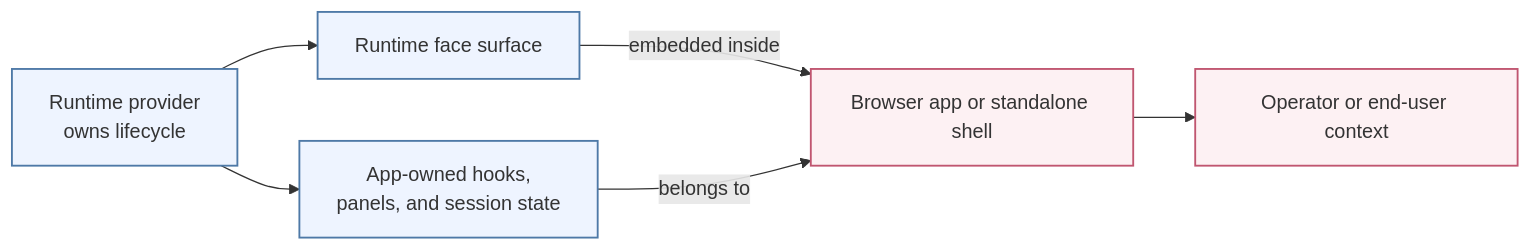
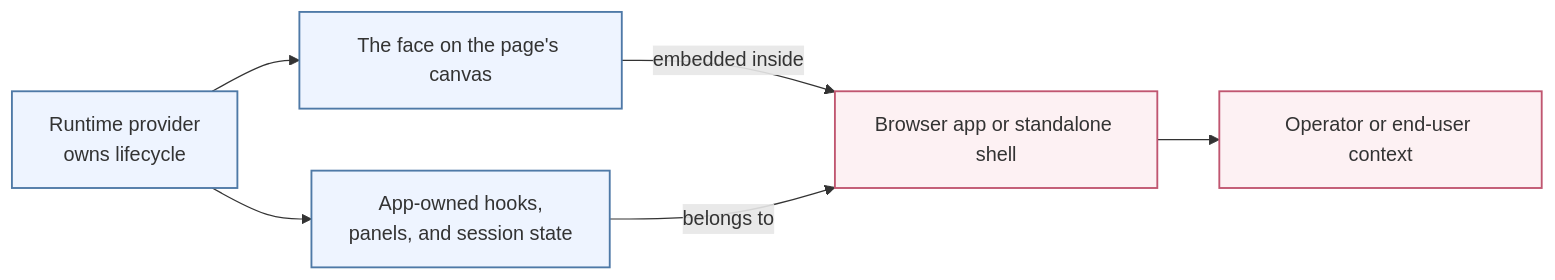
The second of 2 diagrams in current_documentation/guidebook/introduction/system-mental-model.md (vizij-ai/vizij-docs), drawn with Mermaid before and after one commit. The commit also changed other lines of this file and 9 other files, not shown here.

First line of the commit message:
guidebook: faces draw on the page's one canvas, each over its slot

````diff
--- a/current_documentation/guidebook/introduction/system-mental-model.md
+++ b/current_documentation/guidebook/introduction/system-mental-model.md
@@ -79,20 +80,20 @@
 ```mermaid
 flowchart LR
     classDef app fill:#eef4ff,stroke:#4e79a7,stroke-width:1.5px
     classDef deploy fill:#fdf1f3,stroke:#c05670,stroke-width:1.5px
 
     provider["Runtime provider\nowns lifecycle"]
-    face["Runtime face surface"]
+    face["The face on the page's canvas"]
     ui["App-owned hooks,\npanels, and session state"]
     shell["Browser app or standalone shell"]
     operator["Operator or end-user context"]
 
     provider --> face
     provider --> ui
     face -->|"embedded inside"| shell
     ui -->|"belongs to"| shell
     shell --> operator
 
     class provider,face,ui app
     class shell,operator deploy
 ```
````
